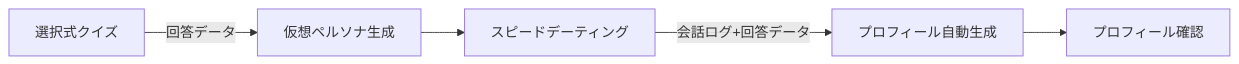
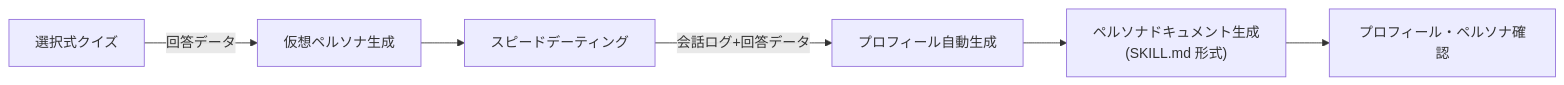
Before and after one commit to Masuda-1246/wingfox: the first of 3 diagrams in docs/requirements/02-features.md, drawn with Mermaid. The commit also changed other lines of this file and 3 other files, not shown here.

````diff
--- a/docs/requirements/02-features.md
+++ b/docs/requirements/02-features.md
@@ -56,7 +56,8 @@
 ```mermaid
 flowchart LR
     A[選択式クイズ] -->|回答データ| B[仮想ペルソナ生成]
     B --> C[スピードデーティング]
     C -->|会話ログ+回答データ| D[プロフィール自動生成]
-    D --> E[プロフィール確認]
+    D --> E["ペルソナドキュメント生成\n(SKILL.md 形式)"]
+    E --> F[プロフィール・ペルソナ確認]
 ```
````
